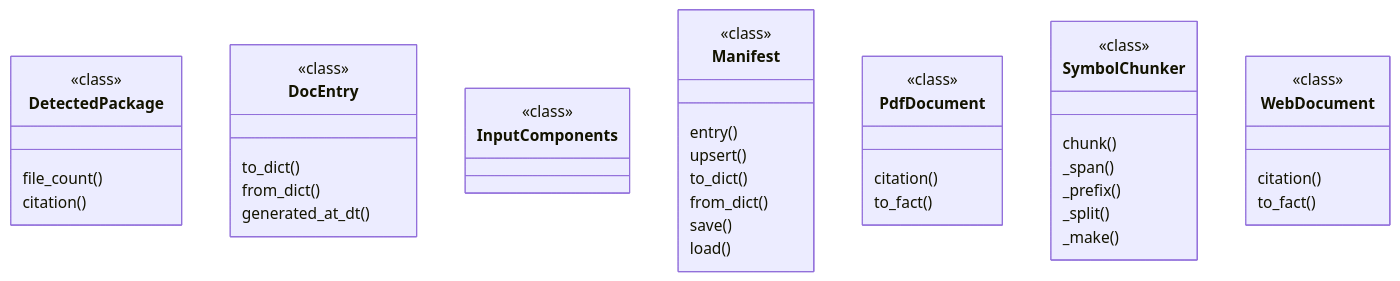
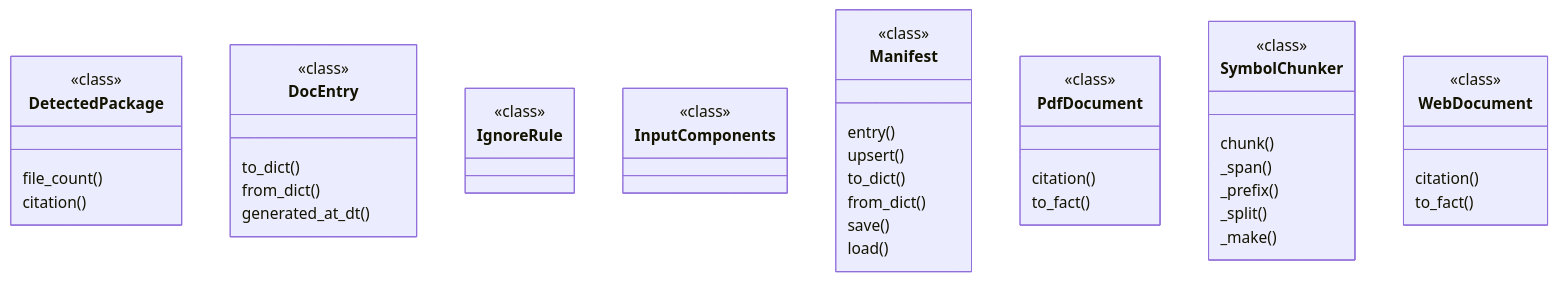
One commit to CharlyZeta/Docu changed the diagram in docs/generated/diagrams/clases-docu_index.mmd. Above: the diagram before and after it, drawn with Mermaid. The commit also changed 12 other files, not shown here.

```diff
--- a/docs/generated/diagrams/clases-docu_index.mmd
+++ b/docs/generated/diagrams/clases-docu_index.mmd
@@ -1,35 +1,37 @@
 classDiagram
     class DetectedPackage <<class>> {
         file_count()
         citation()
     }
     class DocEntry <<class>> {
         to_dict()
         from_dict()
         generated_at_dt()
+    }
+    class IgnoreRule <<class>> {
     }
     class InputComponents <<class>> {
     }
     class Manifest <<class>> {
         entry()
         upsert()
         to_dict()
         from_dict()
         save()
         load()
     }
     class PdfDocument <<class>> {
         citation()
         to_fact()
     }
     class SymbolChunker <<class>> {
         chunk()
         _span()
         _prefix()
         _split()
         _make()
     }
     class WebDocument <<class>> {
         citation()
         to_fact()
     }
```
